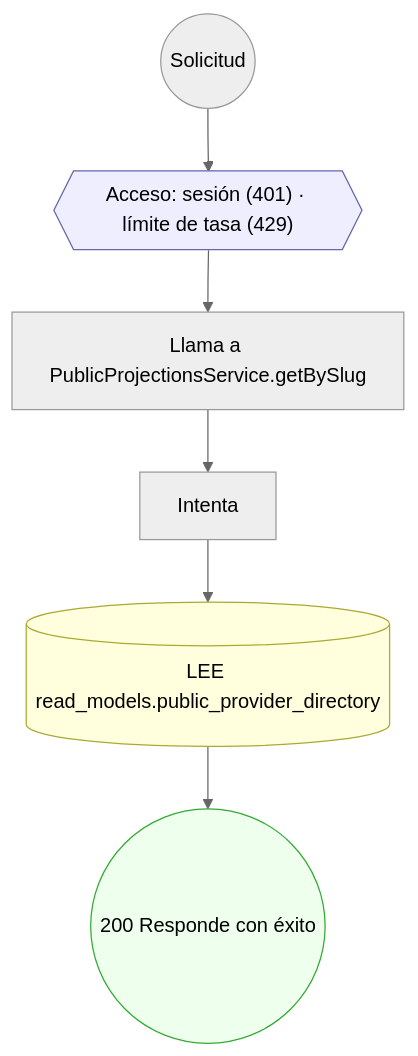
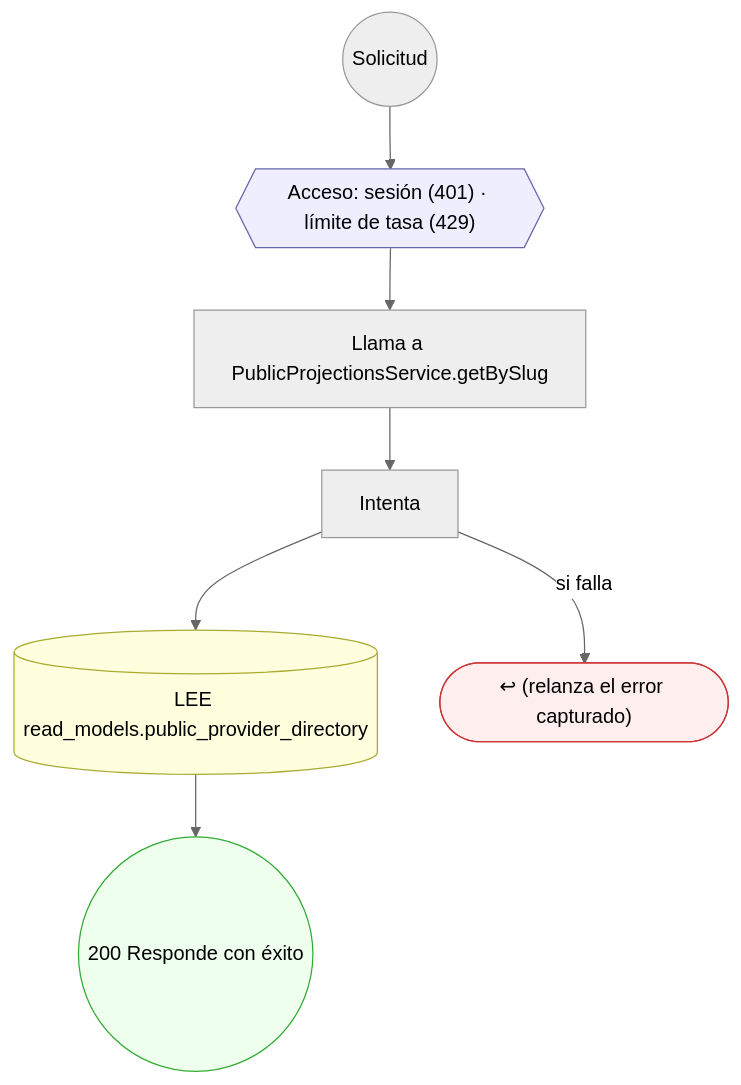
The fifth of 16 diagrams in docs/inventario/flujos/read_models.md (mdavila-2001/mantra-core-health-api), drawn with Mermaid (neutral theme) before and after one commit. The commit also changed other lines of this file and 451 other files, not shown here.

````diff
--- a/docs/inventario/flujos/read_models.md
+++ b/docs/inventario/flujos/read_models.md
@@ -425,20 +425,22 @@
 ```mermaid
 flowchart TD
   n1(("Solicitud")):::inicio
   n2{{"Acceso: sesión (401) · límite de tasa (429)"}}:::acceso
   n1 --> n2
   n3["Llama a PublicProjectionsService.getBySlug"]:::llamada
   n2 --> n3
   n4["Intenta"]:::intento
   n3 --> n4
   n5[("LEE read_models.public_provider_directory")]:::efecto
   n4 --> n5
-  n6(("200 Responde con éxito")):::ok
-  n5 --> n6
+  n6(["↩ (relanza el error capturado)"]):::error
+  n4 -->|"si falla"| n6
+  n7(("200 Responde con éxito")):::ok
+  n5 --> n7
   classDef acceso fill:#eef,stroke:#66a
   classDef error fill:#fee,stroke:#c33
   classDef ok fill:#efe,stroke:#3a3
   classDef efecto fill:#ffd,stroke:#aa3
   classDef decision fill:#fff,stroke:#555
   classDef corte fill:#eee,stroke:#999,stroke-dasharray: 4
 ```
````
